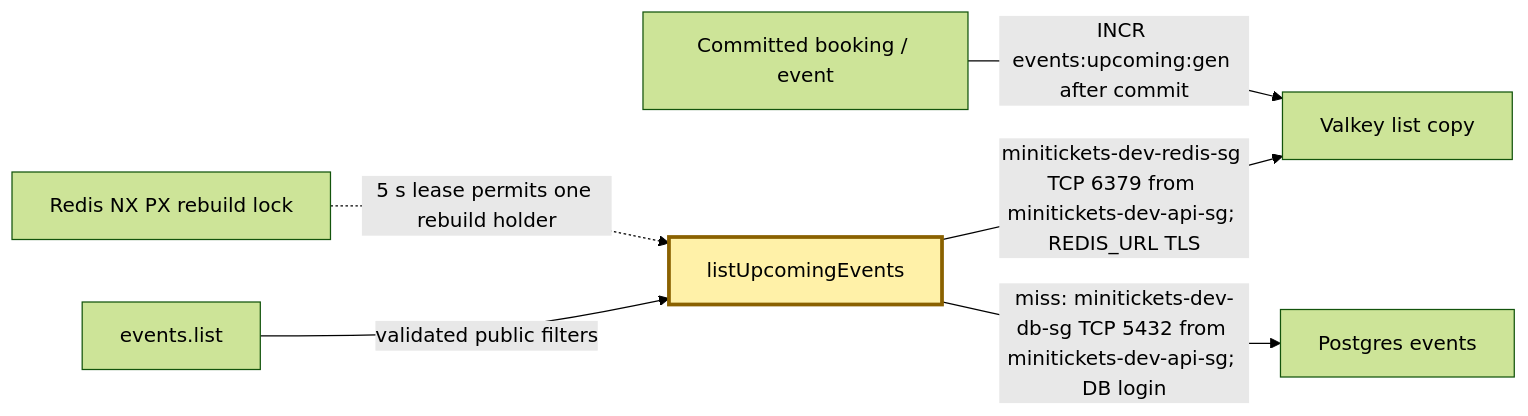
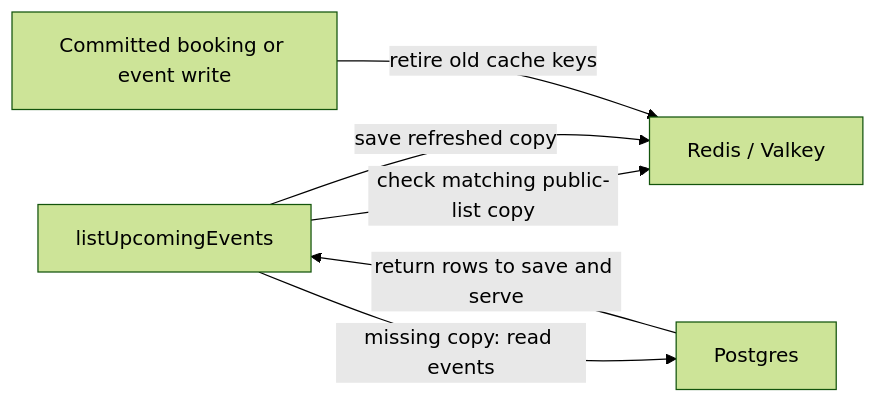
The diagram in docs/handbook/concepts/cache-aside.md (maheshnd/minitickets), drawn with Mermaid (forest theme) before and after one commit. The commit also changed other lines of this file and 39 other files, not shown here.

````diff
--- a/docs/handbook/concepts/cache-aside.md
+++ b/docs/handbook/concepts/cache-aside.md
@@ -15,10 +19,8 @@
 ```mermaid
 flowchart LR
-    list["events.list"] -->|"validated public filters"| service["listUpcomingEvents"]
-    service -->|"minitickets-dev-redis-sg TCP 6379 from minitickets-dev-api-sg; REDIS_URL TLS"| cache["Valkey list copy"]
-    service -->|"miss: minitickets-dev-db-sg TCP 5432 from minitickets-dev-api-sg; DB login"| pg["Postgres events"]
-    writes["Committed booking / event"] -->|"INCR events:upcoming:gen after commit"| cache
-    lock["Redis NX PX rebuild lock"] -.->|"5 s lease permits one rebuild holder"| service
-    classDef focus fill:#fff1a8,stroke:#8a6100,stroke-width:3px
-    class service focus
+    A["listUpcomingEvents"] -->|"check matching public-list copy"| R["Redis / Valkey"]
+    A -->|"missing copy: read events"| P["Postgres"]
+    P -->|"return rows to save and serve"| A
+    A -->|"save refreshed copy"| R
+    W["Committed booking or event write"] -->|"retire old cache keys"| R
 ```
````
